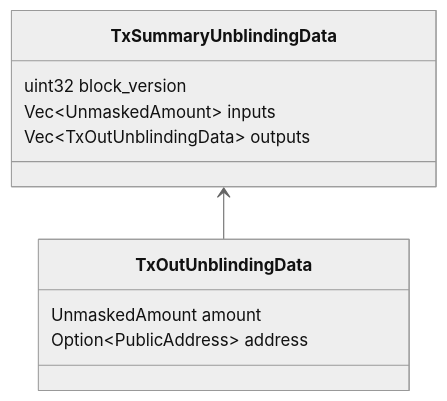
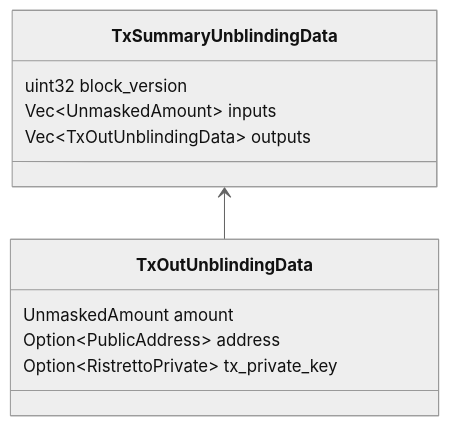
Before and after one commit to mobilecoinfoundation/mcips: the fifth of 5 diagrams in text/0052-tx-summary-digest.md, drawn with Mermaid (neutral theme). The commit also changed other lines of this file, not shown here.

````diff
--- a/text/0052-tx-summary-digest.md
+++ b/text/0052-tx-summary-digest.md
@@ -182,10 +300,11 @@
 ```mermaid
 classDiagram
 direction BT
 TxOutUnblindingData --> TxSummaryUnblindingData
 TxSummaryUnblindingData: uint32 block_version
 TxSummaryUnblindingData: Vec~UnmaskedAmount~ inputs
 TxSummaryUnblindingData: Vec~TxOutUnblindingData~ outputs
 TxOutUnblindingData: UnmaskedAmount amount
 TxOutUnblindingData: Option~PublicAddress~ address
+TxOutUnblindingData: Option~RistrettoPrivate~ tx_private_key
 ```
````
